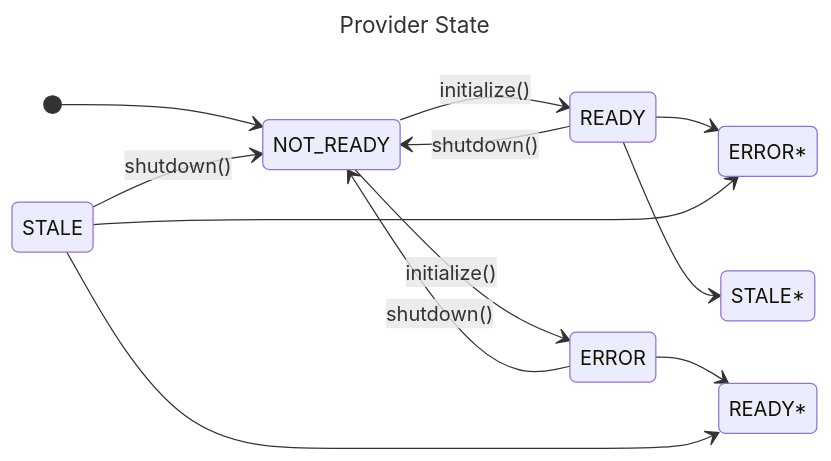
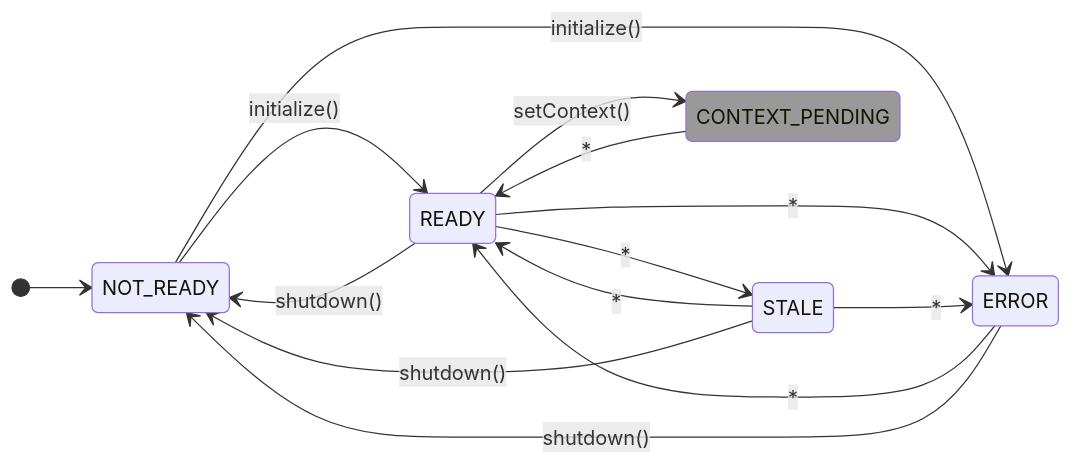
One commit to open-feature/spec changed the diagram in specification/sections/01-flag-evaluation.md. Above: the diagram before and after it, drawn with Mermaid. The commit also changed other lines of this file, not shown here.

````diff
--- a/specification/sections/01-flag-evaluation.md
+++ b/specification/sections/01-flag-evaluation.md
@@ -412,18 +412,19 @@
 ```mermaid
----
-title: Provider State
----
 stateDiagram-v2
     direction LR
     [*] --> NOT_READY
     NOT_READY --> READY:initialize()
     NOT_READY --> ERROR:initialize()
-    READY --> ERROR*
-    ERROR --> READY*
-    READY --> STALE*
-    STALE --> READY*
-    STALE --> ERROR*
+    READY --> ERROR:*
+    ERROR --> READY:*
+    READY --> STALE:*
+    STALE --> READY:*
+    STALE --> ERROR:*
     READY --> NOT_READY:shutdown()
     STALE --> NOT_READY:shutdown()
     ERROR --> NOT_READY:shutdown()
+    READY --> CONTEXT_PENDING:::optional:setContext()
+    CONTEXT_PENDING --> READY:*
+
+    classDef optional fill:#999
 ```
````
